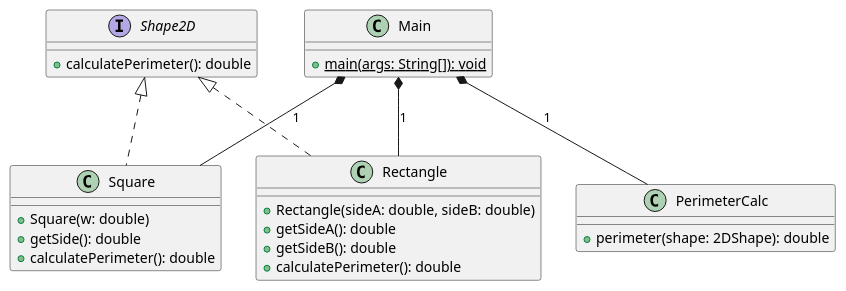
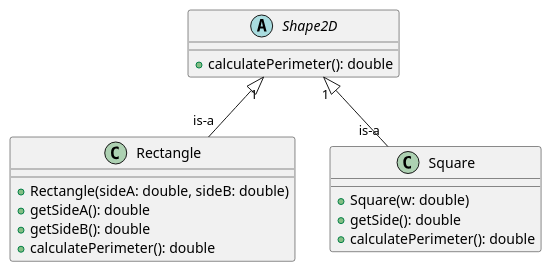
One commit to nicholasnikolov90/ENSF_607_Assignment4 changed the diagram in src/O_L_Principle/O_Principle.md. Above: the diagram before and after it, drawn with PlantUML. The commit also changed 16 other files, not shown here.

```diff
--- a/src/O_L_Principle/O_Principle.md
+++ b/src/O_L_Principle/O_Principle.md
@@ -1,39 +1,23 @@
 @startuml
 
-interface Shape2D{
+abstract Shape2D{
 +calculatePerimeter(): double
 }
 
-class PerimeterCalc{
-+ perimeter(shape: 2DShape): double
-}
-
 class Rectangle{
-
 + Rectangle(sideA: double, sideB: double)
 + getSideA(): double
 + getSideB(): double
 + calculatePerimeter(): double
 }
 
-
 class Square{
-
 + Square(w: double)
 + getSide(): double
 + calculatePerimeter(): double
 }
 
-class Main{
-+{static} main(args: String[]): void
-}
-
-
-Main *-- PerimeterCalc: 1
-Main *-- Square: 1
-Main *-- Rectangle: 1
-
-Class Square implements Shape2D
-Class Rectangle implements Shape2D
+Shape2D "1" <|-- "is-a" Square
+Shape2D "1" <|-- "is-a" Rectangle
 
 @enduml
```
